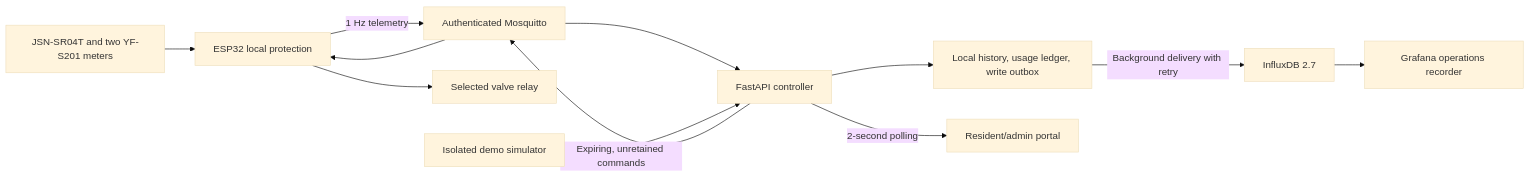
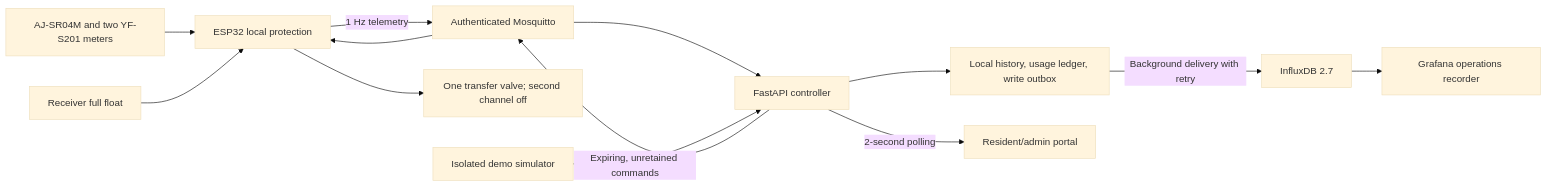
Before and after one commit to TrijalBurman/Water-Rationing-System: the diagram in docs/architecture.md, drawn with Mermaid (base theme). The commit also changed other lines of this file and 34 other files, not shown here.

Commit message:
Configure owned AJ-SR04M two-tank rig with local float protection

````diff
--- a/docs/architecture.md
+++ b/docs/architecture.md
@@ -3,14 +3,15 @@
 ```mermaid
 flowchart LR
-    Sensor[JSN-SR04T and two YF-S201 meters] --> ESP[ESP32 local protection]
+    Sensor[AJ-SR04M and two YF-S201 meters] --> ESP[ESP32 local protection]
     ESP -->|1 Hz telemetry| MQTT[Authenticated Mosquitto]
     MQTT --> API[FastAPI controller]
     API -->|Expiring, unretained commands| MQTT
     MQTT --> ESP
-    ESP --> Relay[Selected valve relay]
+    Float[Receiver full float] --> ESP
+    ESP --> Relay[One transfer valve; second channel off]
     API --> SQLite[Local history, usage ledger, write outbox]
     SQLite -->|Background delivery with retry| Influx[InfluxDB 2.7]
     Influx --> Grafana[Grafana operations recorder]
     API -->|2-second polling| Portal[Resident/admin portal]
     Demo[Isolated demo simulator] --> API
 ```
````
